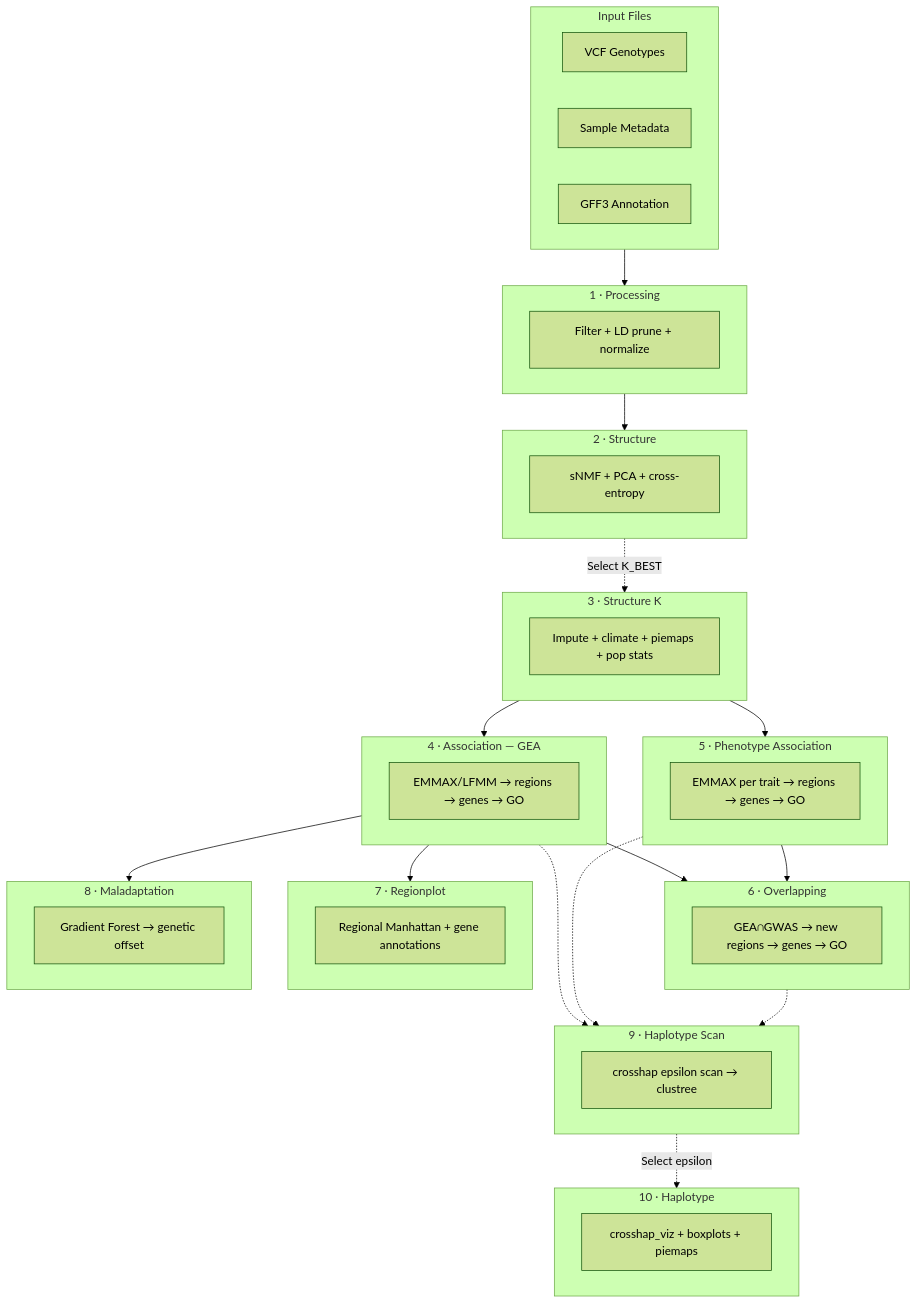
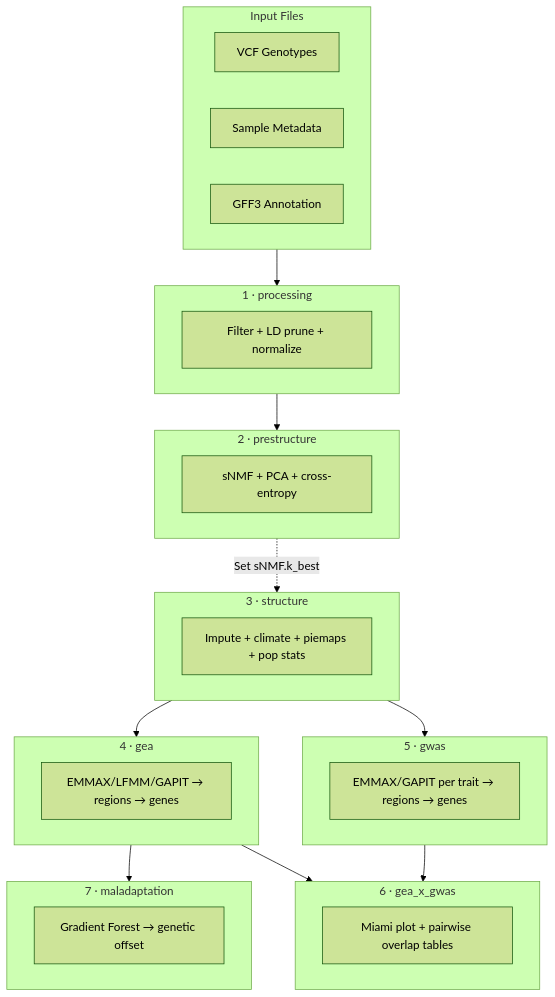
One commit to hubner-lab/ADAPTOGENE changed the first of 8 diagrams in docs/pipeline_dag.md. Above: the diagram before and after it, drawn with Mermaid (forest theme). The commit also changed other lines of this file and 3 other files, not shown here.

````diff
--- a/docs/pipeline_dag.md
+++ b/docs/pipeline_dag.md
@@ -5,67 +5,50 @@
 ```mermaid
 flowchart TB
     subgraph inputs["Input Files"]
         direction LR
         VCF["VCF Genotypes"]
         META["Sample Metadata"]
         GFF["GFF3 Annotation"]
     end
 
-    subgraph proc["1 · Processing"]
+    subgraph proc["1 · processing"]
         direction LR
         P["Filter + LD prune + normalize"]
     end
 
-    subgraph struct["2 · Structure"]
+    subgraph prestruct["2 · prestructure"]
         direction LR
         S["sNMF + PCA + cross-entropy"]
     end
 
-    subgraph structK["3 · Structure K"]
+    subgraph struct["3 · structure"]
         direction LR
         SK["Impute + climate + piemaps + pop stats"]
     end
 
-    subgraph assoc["4 · Association — GEA"]
+    subgraph gea_mode["4 · gea"]
         direction LR
-        A["EMMAX/LFMM → regions → genes → GO"]
+        A["EMMAX/LFMM/GAPIT → regions → genes"]
     end
 
-    subgraph pheno["5 · Phenotype Association"]
+    subgraph gwas_mode["5 · gwas"]
         direction LR
-        AP["EMMAX per trait → regions → genes → GO"]
+        AP["EMMAX/GAPIT per trait → regions → genes"]
     end
 
-    subgraph overlap_mode["6 · Overlapping"]
+    subgraph geaxgwas_mode["6 · gea_x_gwas"]
         direction LR
-        OV["GEA∩GWAS → new regions → genes → GO"]
+        OV["Miami plot + pairwise overlap tables"]
     end
 
-    subgraph regionplot_mode["7 · Regionplot"]
-        direction LR
-        RP["Regional Manhattan + gene annotations"]
-    end
-
-    subgraph malad["8 · Maladaptation"]
+    subgraph malad["7 · maladaptation"]
         direction LR
         M["Gradient Forest → genetic offset"]
     end
 
-    subgraph hap_scan["9 · Haplotype Scan"]
-        direction LR
-        HS["crosshap epsilon scan → clustree"]
-    end
-
-    subgraph hap_viz["10 · Haplotype"]
-        direction LR
-        HV["crosshap_viz + boxplots + piemaps"]
-    end
-
-    inputs --> proc --> struct
-    struct -. "Select K_BEST" .-> structK
-    structK --> assoc & pheno
-    assoc --> regionplot_mode & malad
-    assoc & pheno --> overlap_mode
-    assoc & pheno & overlap_mode -.-> hap_scan
-    hap_scan -. "Select epsilon" .-> hap_viz
+    inputs --> proc --> prestruct
+    prestruct -. "Set sNMF.k_best" .-> struct
+    struct --> gea_mode & gwas_mode
+    gea_mode --> malad
+    gea_mode & gwas_mode --> geaxgwas_mode
 ```
````
